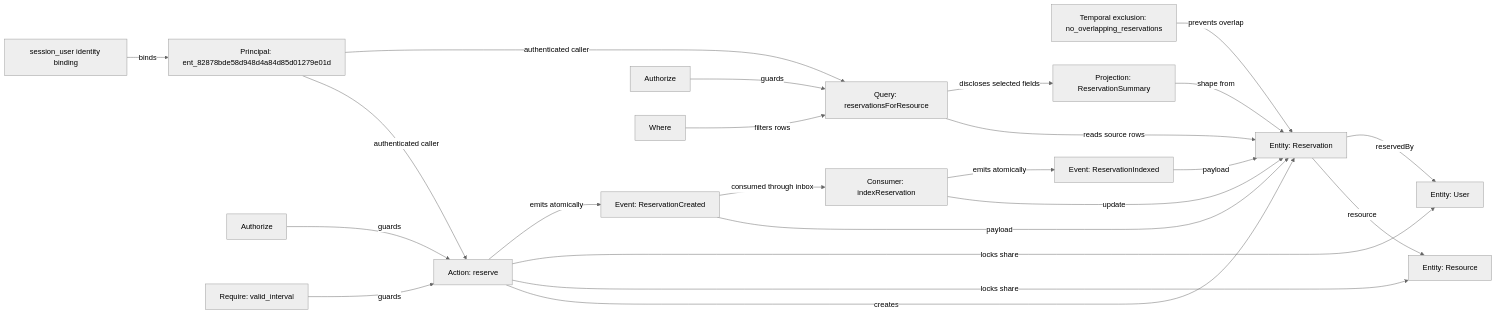
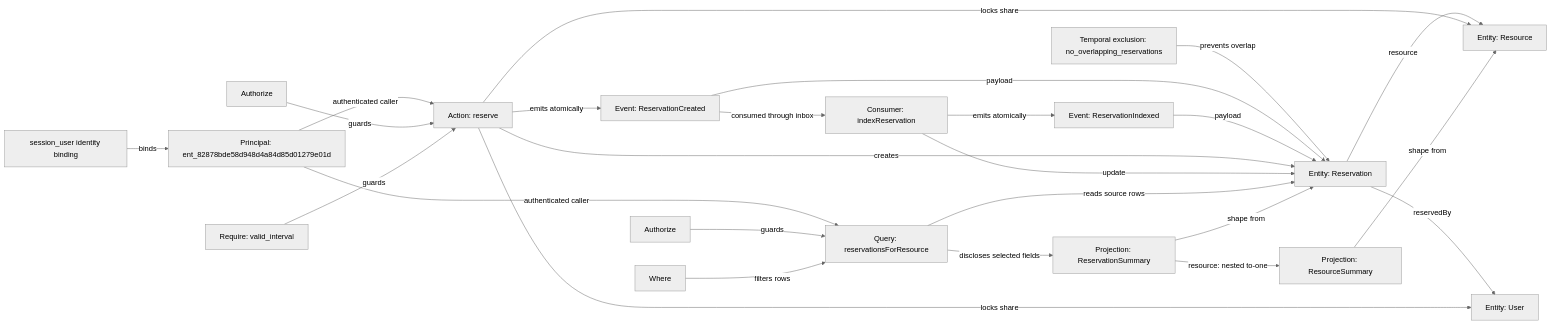
Before and after one commit to atlanticplatformgroup/ModelLang: the diagram in generated/reservations/model.mmd, drawn with Mermaid (neutral theme). The commit also changed 125 other files, not shown here.

Commit message:
feat: add bounded to-one projection traversal

```diff
--- a/generated/reservations/model.mmd
+++ b/generated/reservations/model.mmd
@@ -1,34 +1,37 @@
 flowchart LR
   identity["session_user identity binding"]
   principal["Principal: ent_82878bde58d948d4a84d85d01279e01d"]
   identity -->|binds| principal
   entity_ent_82878bde58d948d4a84d85d01279e01d["Entity: User"]
   entity_ent_7cb2307972954d83a6f344764faaae39["Entity: Resource"]
   entity_ent_ba2d028e915841d1ab90adfa40d38404["Entity: Reservation"]
   entity_ent_ba2d028e915841d1ab90adfa40d38404 -->|resource| entity_ent_7cb2307972954d83a6f344764faaae39
   entity_ent_ba2d028e915841d1ab90adfa40d38404 -->|reservedBy| entity_ent_82878bde58d948d4a84d85d01279e01d
   exclusion_exc_d55bab6e14884cd5a7d2bacfc30458ba["Temporal exclusion: no_overlapping_reservations"] -->|prevents overlap| entity_ent_ba2d028e915841d1ab90adfa40d38404
   event_evt_40d694c9a0a274dc79c6168e47d25968["Event: ReservationCreated"]
   event_evt_40d694c9a0a274dc79c6168e47d25968 -->|payload| entity_ent_ba2d028e915841d1ab90adfa40d38404
   event_evt_60d694c9a0a274dc79c6168e47d25968["Event: ReservationIndexed"]
   event_evt_60d694c9a0a274dc79c6168e47d25968 -->|payload| entity_ent_ba2d028e915841d1ab90adfa40d38404
   action_act_508ad810a19d4b79a5009871de5cd26b["Action: reserve"]
   principal -->|authenticated caller| action_act_508ad810a19d4b79a5009871de5cd26b
   action_act_508ad810a19d4b79a5009871de5cd26b -->|creates| entity_ent_ba2d028e915841d1ab90adfa40d38404
   authorize_action_act_508ad810a19d4b79a5009871de5cd26b["Authorize"] -->|guards| action_act_508ad810a19d4b79a5009871de5cd26b
   require_action_act_508ad810a19d4b79a5009871de5cd26b_valid_interval["Require: valid_interval"] -->|guards| action_act_508ad810a19d4b79a5009871de5cd26b
   action_act_508ad810a19d4b79a5009871de5cd26b -->|locks share| entity_ent_7cb2307972954d83a6f344764faaae39
   action_act_508ad810a19d4b79a5009871de5cd26b -->|locks share| entity_ent_82878bde58d948d4a84d85d01279e01d
   action_act_508ad810a19d4b79a5009871de5cd26b -->|emits atomically| event_evt_40d694c9a0a274dc79c6168e47d25968
   consumer_con_20d694c9a0a274dc79c6168e47d25968["Consumer: indexReservation"]
   event_evt_40d694c9a0a274dc79c6168e47d25968 -->|consumed through inbox| consumer_con_20d694c9a0a274dc79c6168e47d25968
   consumer_con_20d694c9a0a274dc79c6168e47d25968 -->|update| entity_ent_ba2d028e915841d1ab90adfa40d38404
   consumer_con_20d694c9a0a274dc79c6168e47d25968 -->|emits atomically| event_evt_60d694c9a0a274dc79c6168e47d25968
   projection_prj_80d694c9a0a274dc79c6168e47d25968["Projection: ReservationSummary"]
   query_qry_94d8a56f4c2640fab58a4c2190c35c69["Query: reservationsForResource"]
   principal -->|authenticated caller| query_qry_94d8a56f4c2640fab58a4c2190c35c69
   query_qry_94d8a56f4c2640fab58a4c2190c35c69 -->|reads source rows| entity_ent_ba2d028e915841d1ab90adfa40d38404
   query_qry_94d8a56f4c2640fab58a4c2190c35c69 -->|discloses selected fields| projection_prj_80d694c9a0a274dc79c6168e47d25968
   projection_prj_80d694c9a0a274dc79c6168e47d25968 -->|shape from| entity_ent_ba2d028e915841d1ab90adfa40d38404
+  projection_prj_85d694c9a0a274dc79c6168e47d25968["Projection: ResourceSummary"]
+  projection_prj_80d694c9a0a274dc79c6168e47d25968 -->|resource: nested to-one| projection_prj_85d694c9a0a274dc79c6168e47d25968
+  projection_prj_85d694c9a0a274dc79c6168e47d25968 -->|shape from| entity_ent_7cb2307972954d83a6f344764faaae39
   authorize_query_qry_94d8a56f4c2640fab58a4c2190c35c69["Authorize"] -->|guards| query_qry_94d8a56f4c2640fab58a4c2190c35c69
   where_query_qry_94d8a56f4c2640fab58a4c2190c35c69["Where"] -->|filters rows| query_qry_94d8a56f4c2640fab58a4c2190c35c69
```
